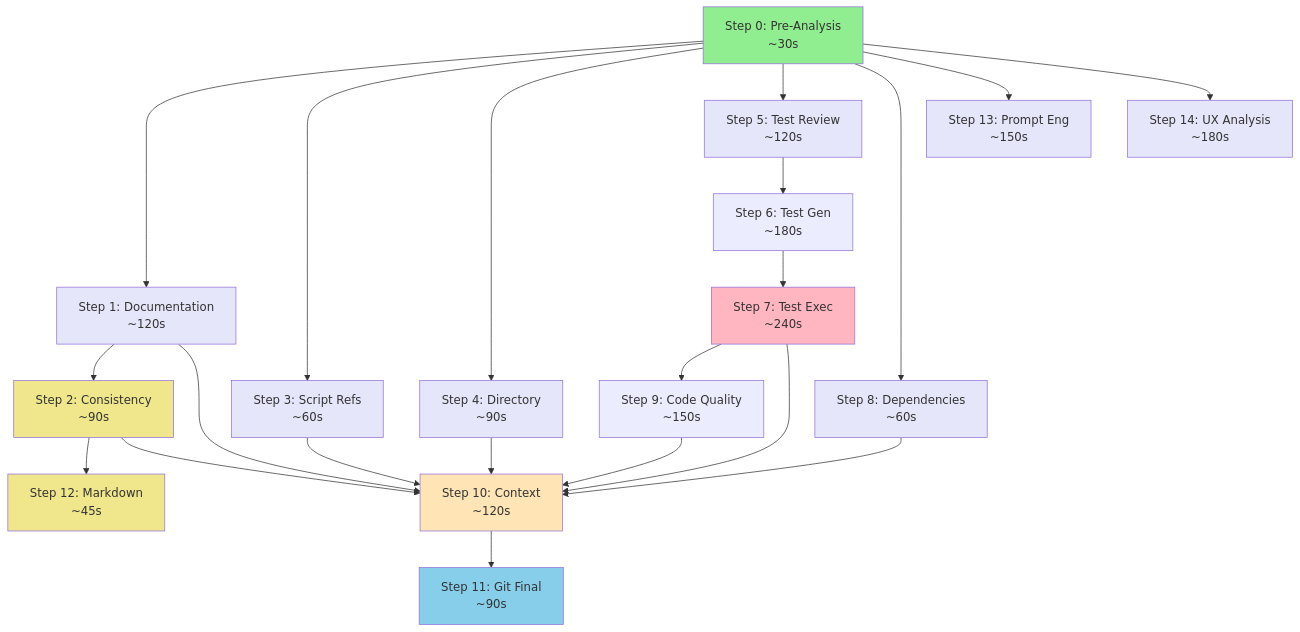
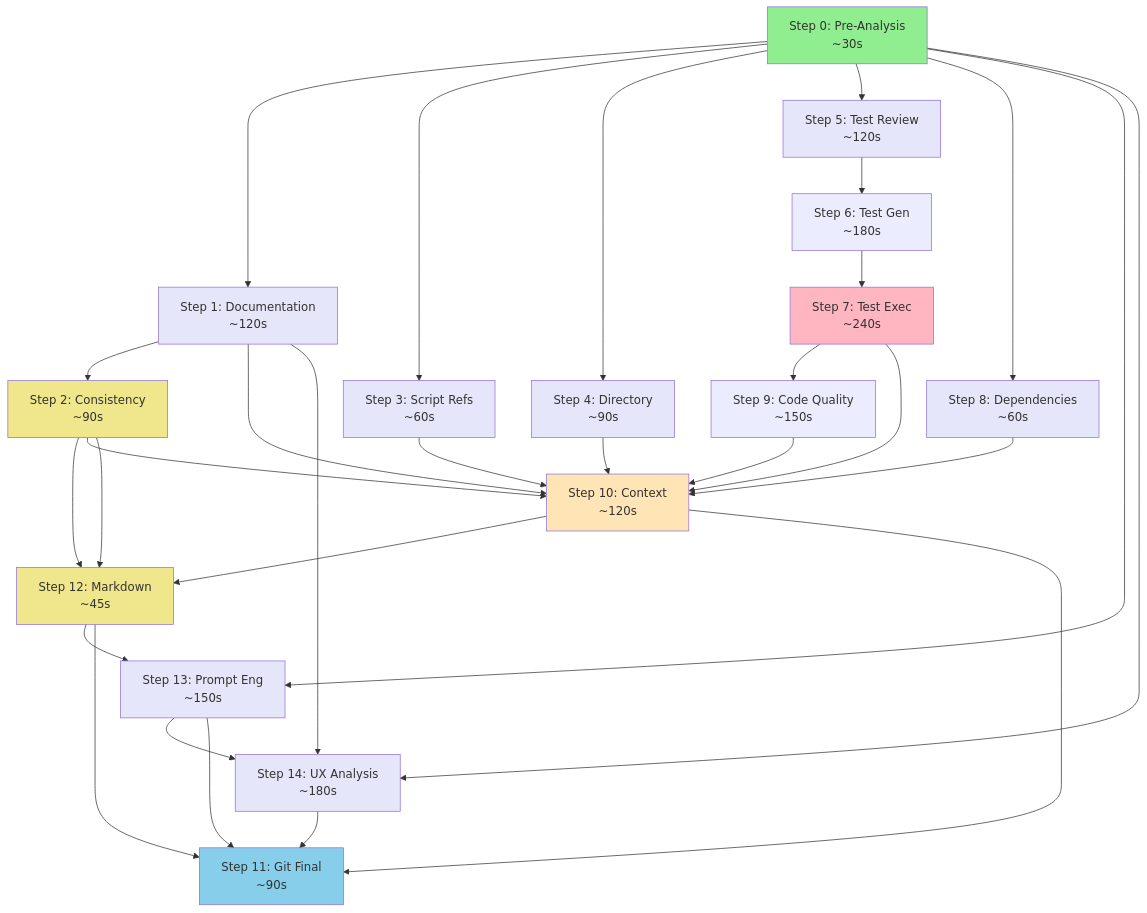
Before and after one commit to mpbarbosa/ai_workflow: the second of 18 diagrams in docs/reference/workflow-diagrams.md, drawn with Mermaid. The commit also changed other lines of this file and 448 other files, not shown here.

````diff
--- a/docs/reference/workflow-diagrams.md
+++ b/docs/reference/workflow-diagrams.md
@@ -64,58 +65,68 @@
 ```mermaid
 graph TD
     Step0[Step 0: Pre-Analysis<br/>~30s]
     Step1[Step 1: Documentation<br/>~120s]
     Step2[Step 2: Consistency<br/>~90s]
     Step3[Step 3: Script Refs<br/>~60s]
     Step4[Step 4: Directory<br/>~90s]
     Step5[Step 5: Test Review<br/>~120s]
     Step6[Step 6: Test Gen<br/>~180s]
     Step7[Step 7: Test Exec<br/>~240s]
     Step8[Step 8: Dependencies<br/>~60s]
     Step9[Step 9: Code Quality<br/>~150s]
     Step10[Step 10: Context<br/>~120s]
     Step11[Step 11: Git Final<br/>~90s]
     Step12[Step 12: Markdown<br/>~45s]
     Step13[Step 13: Prompt Eng<br/>~150s]
     Step14[Step 14: UX Analysis<br/>~180s]
     
     %% Pre-Analysis dependencies
     Step0 --> Step1
     Step0 --> Step3
     Step0 --> Step4
     Step0 --> Step5
     Step0 --> Step8
     Step0 --> Step13
     Step0 --> Step14
     
     %% Documentation track
     Step1 --> Step2
     Step2 --> Step12
     Step2 --> Step10
     
     %% Test pipeline
     Step5 --> Step6
     Step6 --> Step7
     Step7 --> Step9
     
     %% Context analysis convergence
     Step1 --> Step10
     Step3 --> Step10
     Step4 --> Step10
     Step7 --> Step10
     Step8 --> Step10
     Step9 --> Step10
     
-    %% Finalization
+    %% Validation and analysis steps before finalization
+    Step1 --> Step14
+    Step2 --> Step12
+    Step10 --> Step12
+    Step12 --> Step13
+    Step13 --> Step14
+    
+    %% Git Finalization - MUST BE LAST
     Step10 --> Step11
+    Step12 --> Step11
+    Step13 --> Step11
+    Step14 --> Step11
     
     style Step0 fill:#90EE90
     style Step7 fill:#FFB6C1
     style Step10 fill:#FFE4B5
     style Step11 fill:#87CEEB
     
     classDef parallel1 fill:#E6E6FA
     classDef parallel2 fill:#F0E68C
     class Step1,Step3,Step4,Step5,Step8,Step13,Step14 parallel1
     class Step2,Step12 parallel2
 ```
````
